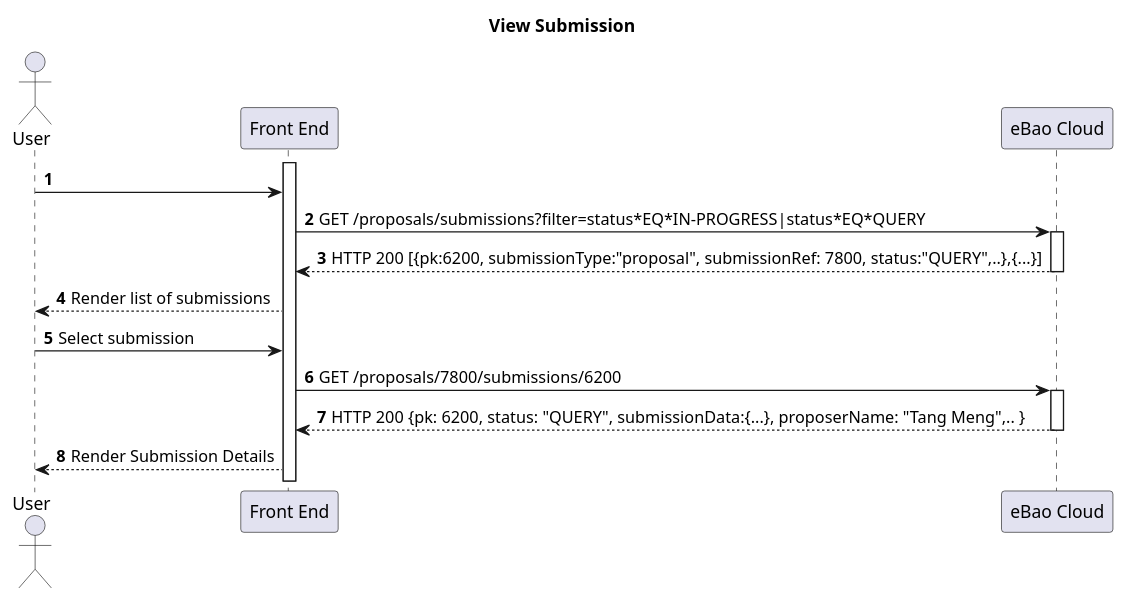
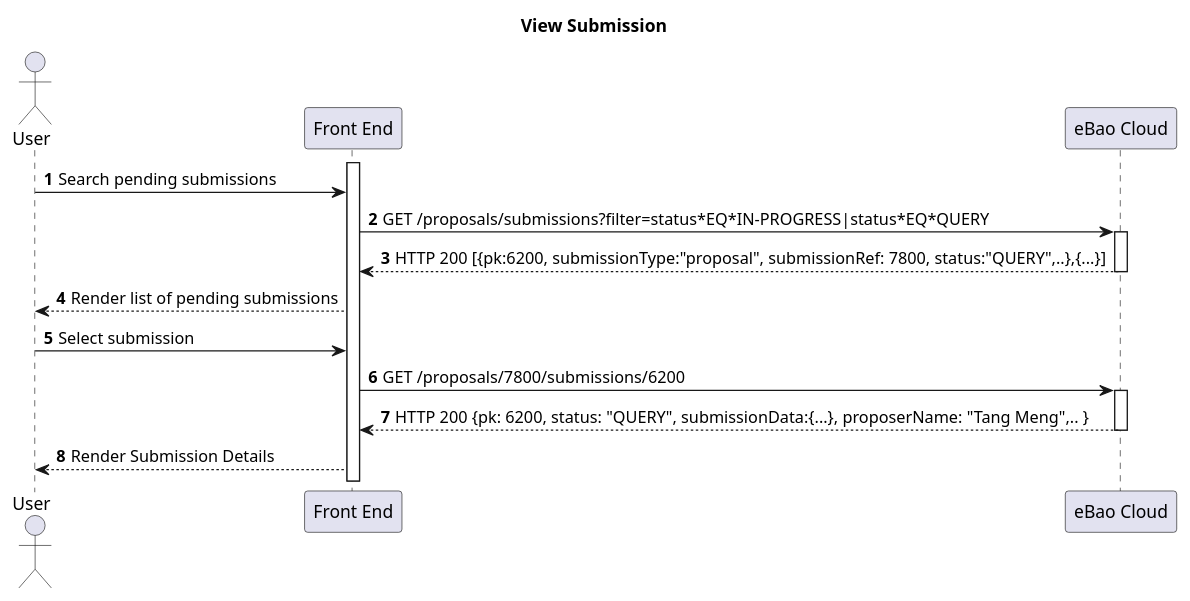
Before and after one commit to yitchoong/cloudapi: diagram 12 of 13 in markdown/proposals.md, drawn with PlantUML. The commit also changed other lines of this file and 10 other files, not shown here.

````diff
--- a/markdown/proposals.md
+++ b/markdown/proposals.md
@@ -610,22 +614,22 @@
 ```puml
 title **View Submission**
 actor "User" as user
 participant "Front End" as front
 participant "eBao Cloud" as ebao
 autonumber
 
 activate front
-user -> front :
+user -> front : Search pending submissions
 front -> ebao: GET /proposals/submissions?filter=status*EQ*IN-PROGRESS|status*EQ*QUERY
 activate ebao
 ebao --> front: HTTP 200 [{pk:6200, submissionType:"proposal", submissionRef: 7800, status:"QUERY",..},{...}]
 deactivate ebao
-front --> user : Render list of submissions
+front --> user : Render list of pending submissions
 user -> front : Select submission
 front -> ebao : GET /proposals/7800/submissions/6200
 activate ebao
 ebao --> front: HTTP 200 {pk: 6200, status: "QUERY", submissionData:{...}, proposerName: "Tang Meng",.. }
 deactivate ebao
 front --> user: Render Submission Details
 
 ```
````
